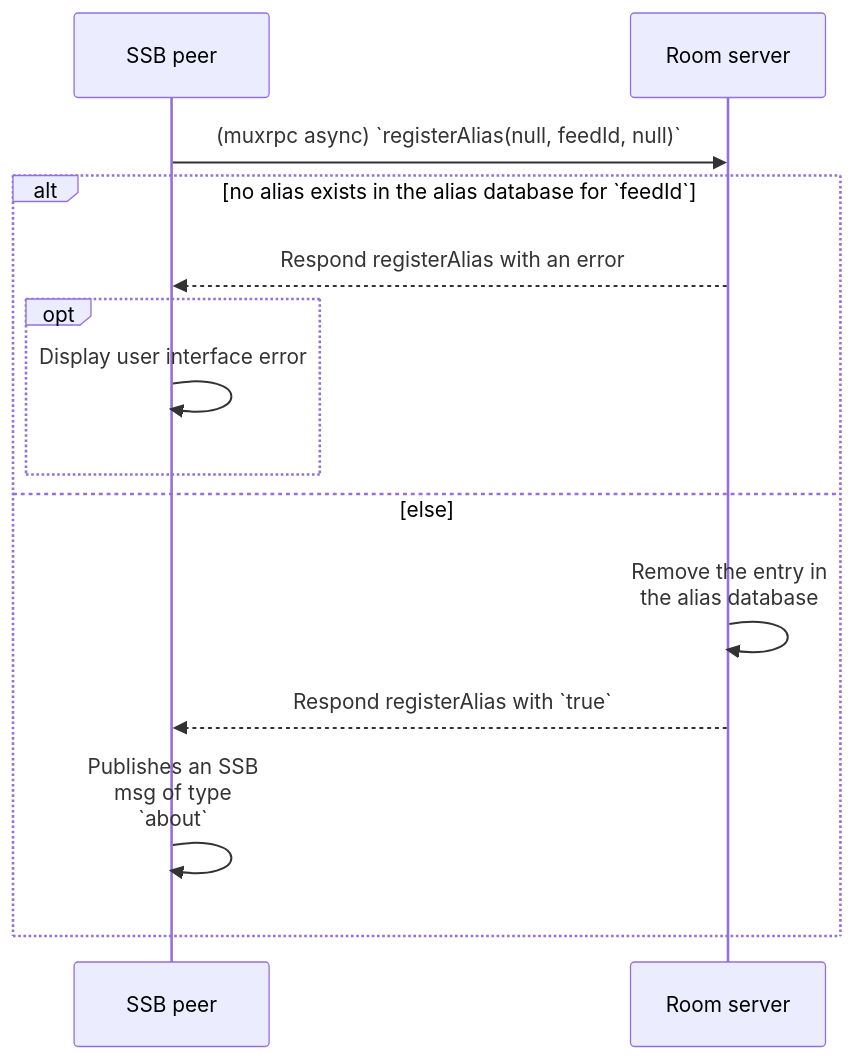
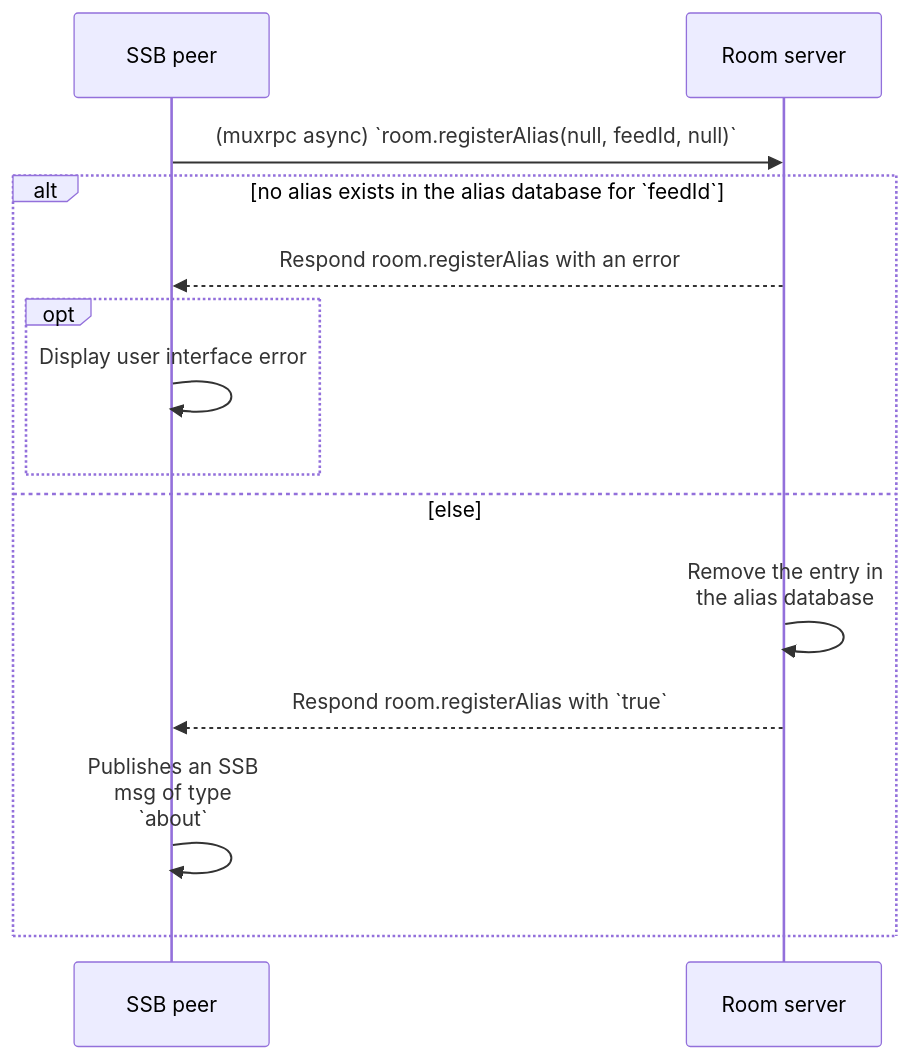
Before and after one commit to ssbc/rooms2: the diagram in docs/Alias/Revocation.md, drawn with Mermaid. The commit also changed other lines of this file and 4 other files, not shown here.

````diff
--- a/docs/Alias/Revocation.md
+++ b/docs/Alias/Revocation.md
@@ -21,17 +21,17 @@
 ```mermaid
 sequenceDiagram
   participant U as SSB peer
   participant R as Room server
 
-  U->>R: (muxrpc async) `registerAlias(null, feedId, null)`
+  U->>R: (muxrpc async) `room.registerAlias(null, feedId, null)`
   alt no alias exists in the alias database for `feedId`
-    R-->>U: Respond registerAlias with an error
+    R-->>U: Respond room.registerAlias with an error
     opt
         U->>U: Display user interface error
     end
   else else
     R->>R: Remove the entry in<br/>the alias database
-    R-->>U: Respond registerAlias with `true`
+    R-->>U: Respond room.registerAlias with `true`
     U->>U: Publishes an SSB<br/>msg of type<br/>`about`
   end
 ```
````
